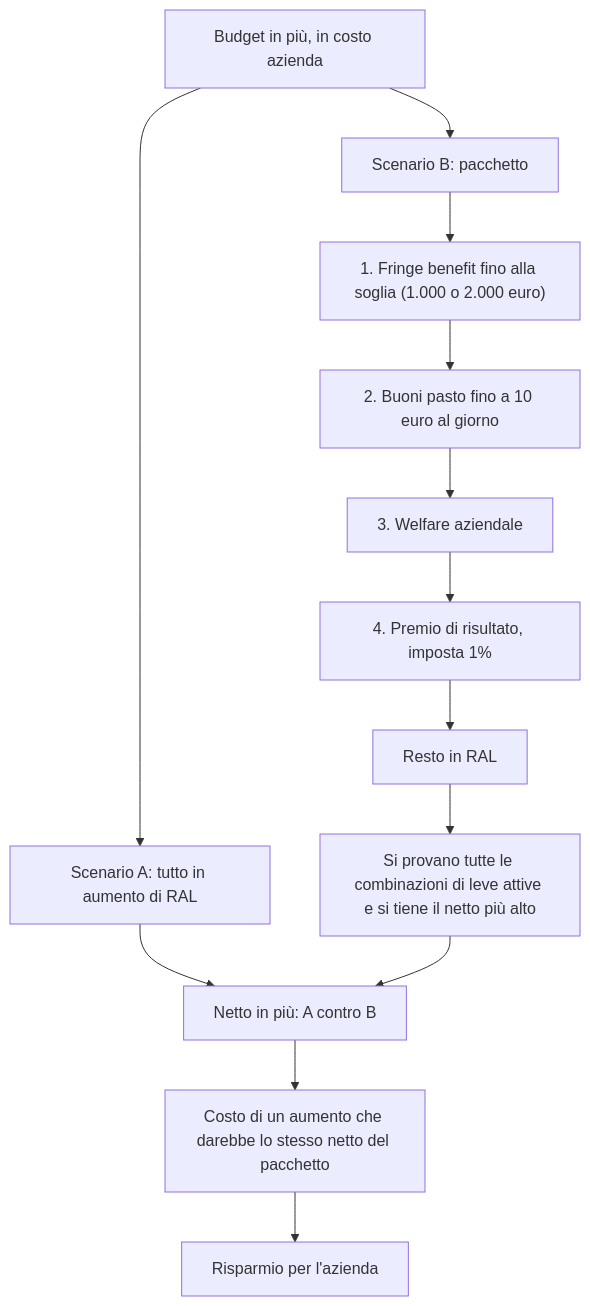
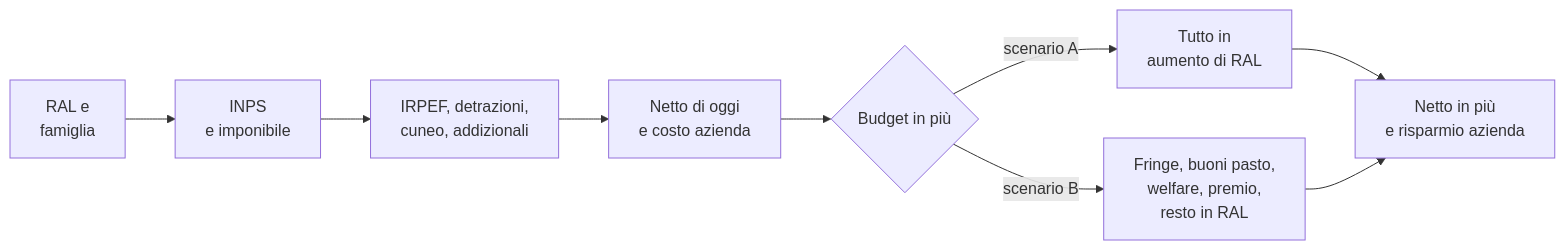
One commit to mrkprl/calcolatore-ral changed the diagram in README.md. Above: the diagram before and after it, drawn with Mermaid. The commit also changed other lines of this file and 1 other file, not shown here.

````diff
--- a/README.md
+++ b/README.md
@@ -60,15 +35,11 @@
 ```mermaid
-flowchart TD
-    B["Budget in più, in costo azienda"] --> A["Scenario A: tutto in aumento di RAL"]
-    B --> P["Scenario B: pacchetto"]
-    P --> F["1. Fringe benefit fino alla soglia (1.000 o 2.000 euro)"]
-    F --> BP["2. Buoni pasto fino a 10 euro al giorno"]
-    BP --> W["3. Welfare aziendale"]
-    W --> PR["4. Premio di risultato, imposta 1%"]
-    PR --> R["Resto in RAL"]
-    R --> MIG["Si provano tutte le combinazioni di leve attive e si tiene il netto più alto"]
-    A --> CONF["Netto in più: A contro B"]
-    MIG --> CONF
-    CONF --> EQ["Costo di un aumento che darebbe lo stesso netto del pacchetto"]
-    EQ --> RISP["Risparmio per l'azienda"]
+flowchart LR
+    A["RAL e<br>famiglia"] --> B["INPS<br>e imponibile"]
+    B --> C["IRPEF, detrazioni,<br>cuneo, addizionali"]
+    C --> D["Netto di oggi<br>e costo azienda"]
+    D --> E{"Budget in più"}
+    E -->|"scenario A"| F["Tutto in<br>aumento di RAL"]
+    E -->|"scenario B"| G["Fringe, buoni pasto,<br>welfare, premio,<br>resto in RAL"]
+    F --> H["Netto in più<br>e risparmio azienda"]
+    G --> H
 ```
````
